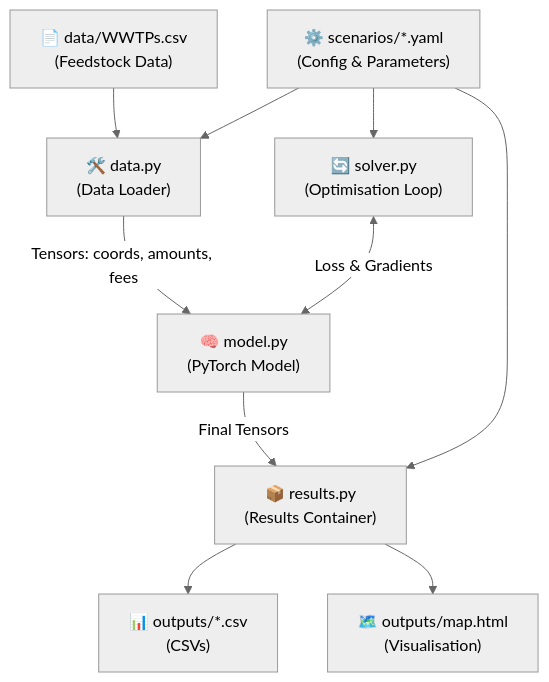
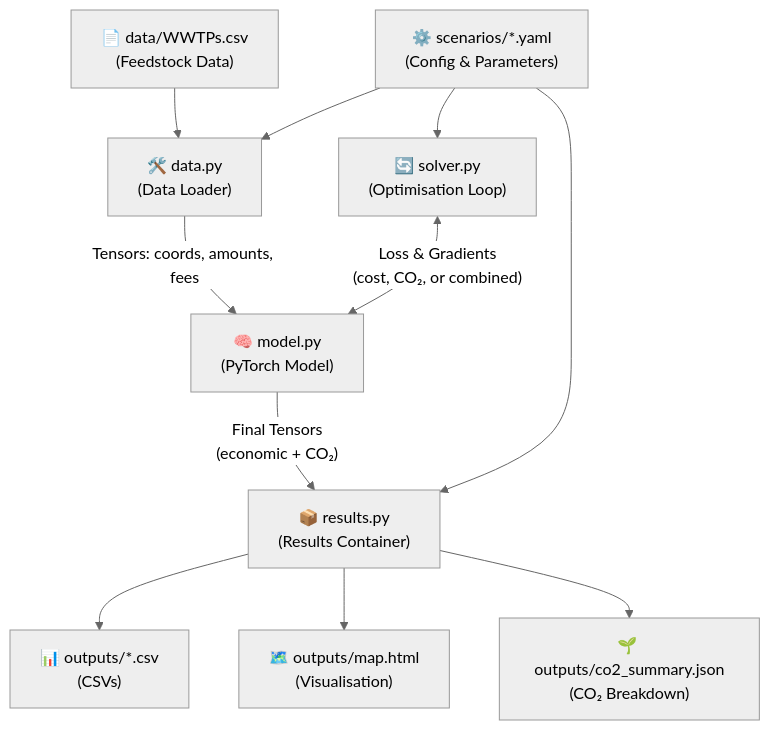
Before and after one commit to muntasirms/HTL-Hierachical-Plant-Location: the diagram in docs/data_pipeline.md, drawn with Mermaid (neutral theme). The commit also changed other lines of this file and 19 other files, not shown here.

````diff
--- a/docs/data_pipeline.md
+++ b/docs/data_pipeline.md
@@ -9,27 +9,29 @@
 ```mermaid
 flowchart TD
     %% Inputs
     CSV["📄 data/WWTPs.csv<br>(Feedstock Data)"]
     YAML["⚙️ scenarios/*.yaml<br>(Config & Parameters)"]
 
     %% Process
     DataLoader["🛠️ data.py<br>(Data Loader)"]
     Model["🧠 model.py<br>(PyTorch Model)"]
     Solver["🔄 solver.py<br>(Optimisation Loop)"]
     
     %% Outputs
     Results["📦 results.py<br>(Results Container)"]
     OutCSV["📊 outputs/*.csv<br>(CSVs)"]
     OutMap["🗺️ outputs/map.html<br>(Visualisation)"]
+    OutCO2["🌱 outputs/co2_summary.json<br>(CO₂ Breakdown)"]
 
     %% Flow
     CSV --> DataLoader
     YAML --> DataLoader
     YAML --> Solver
     DataLoader --> |"Tensors: coords, amounts, fees"| Model
-    Solver <--> |"Loss & Gradients"| Model
-    Model --> |"Final Tensors"| Results
+    Solver <--> |"Loss & Gradients<br>(cost, CO₂, or combined)"| Model
+    Model --> |"Final Tensors<br>(economic + CO₂)"| Results
     YAML --> Results
     Results --> OutCSV
     Results --> OutMap
+    Results --> OutCO2
 ```
````
